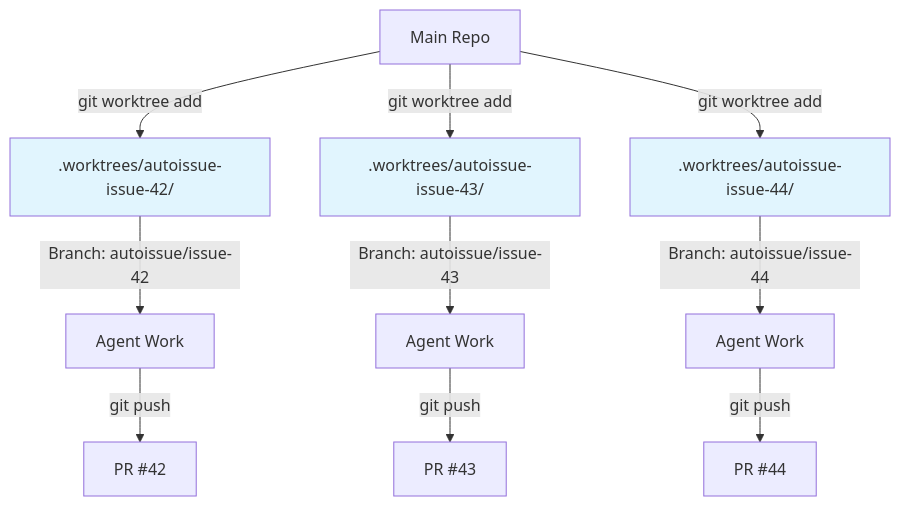
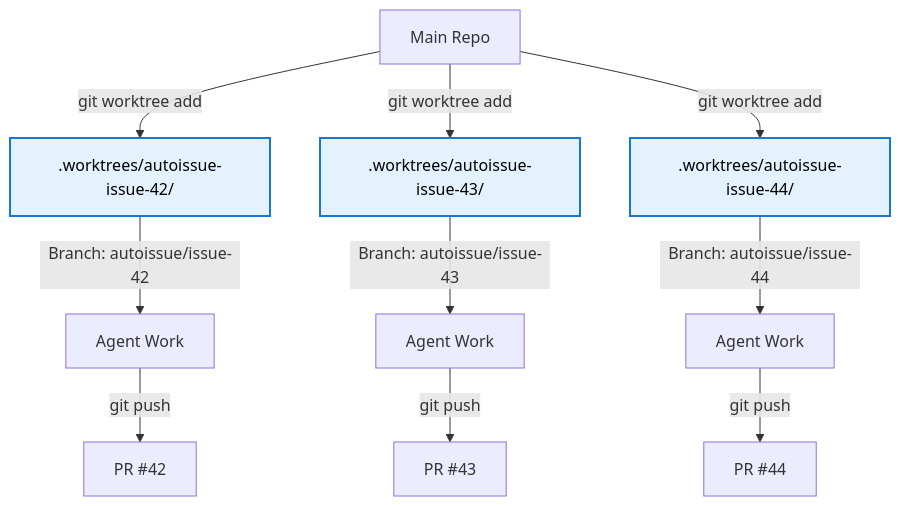
Before and after one commit to Venin-Client-Systems/autoissue: the fourth of 4 diagrams in README.md, drawn with Mermaid. The commit also changed other lines of this file, not shown here.

Commit message:
docs: improve Mermaid diagram readability
- Change scheduler diagram: lighter fills with dark text and thick borders
- Change worktree diagram: stronger border contrast with black text
- Fix: light text on colored backgrounds is now readable
- All diagrams now use black text on light backgrounds

````diff
--- a/README.md
+++ b/README.md
@@ -181,18 +181,18 @@
 ```mermaid
 graph TD
     A[Main Repo] -->|git worktree add| B[.worktrees/autoissue-issue-42/]
     A -->|git worktree add| C[.worktrees/autoissue-issue-43/]
     A -->|git worktree add| D[.worktrees/autoissue-issue-44/]
 
     B -->|Branch: autoissue/issue-42| E[Agent Work]
     C -->|Branch: autoissue/issue-43| F[Agent Work]
     D -->|Branch: autoissue/issue-44| G[Agent Work]
 
     E -->|git push| H[PR #42]
     F -->|git push| I[PR #43]
     G -->|git push| J[PR #44]
 
-    style B fill:#e1f5fe
-    style C fill:#e1f5fe
-    style D fill:#e1f5fe
+    style B fill:#e3f2fd,stroke:#1976d2,stroke-width:2px,color:#000
+    style C fill:#e3f2fd,stroke:#1976d2,stroke-width:2px,color:#000
+    style D fill:#e3f2fd,stroke:#1976d2,stroke-width:2px,color:#000
 ```
````
